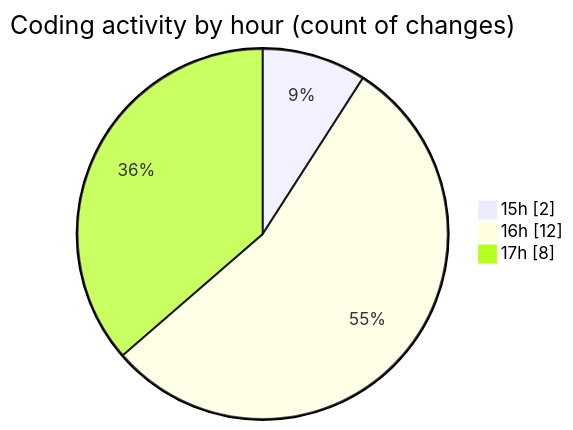
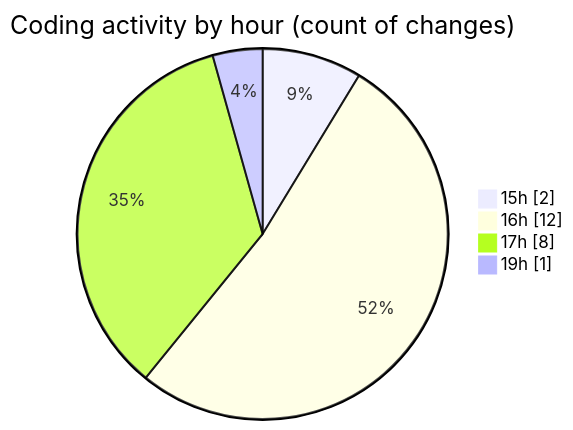
Before and after one commit to donsfak/code-tracking: the second of 2 diagrams in 2025-10-19/weather_insights_app/README.md, drawn with Mermaid. The commit also changed other lines of this file and 1 other file, not shown here.

````diff
--- a/2025-10-19/weather_insights_app/README.md
+++ b/2025-10-19/weather_insights_app/README.md
@@ -41,7 +43,8 @@
 ```mermaid
 pie showData
 title Coding activity by hour (count of changes)
 "15h" : 2
 "16h" : 12
 "17h" : 8
+"19h" : 1
 ```
````
